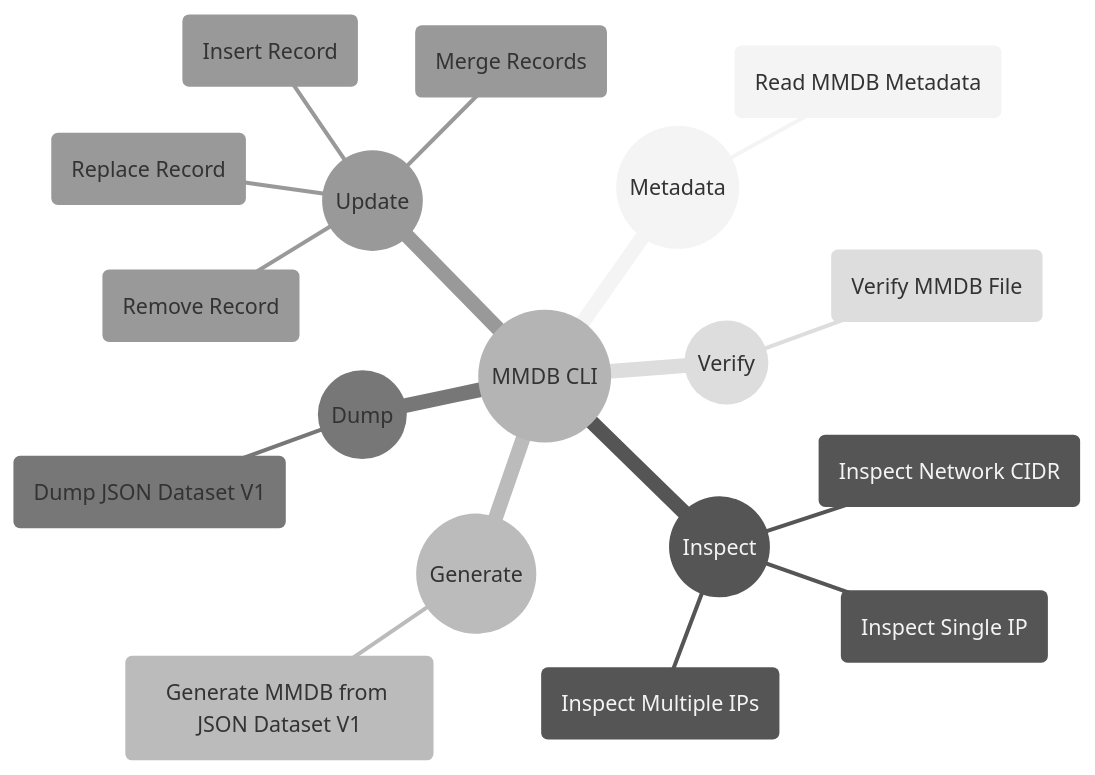
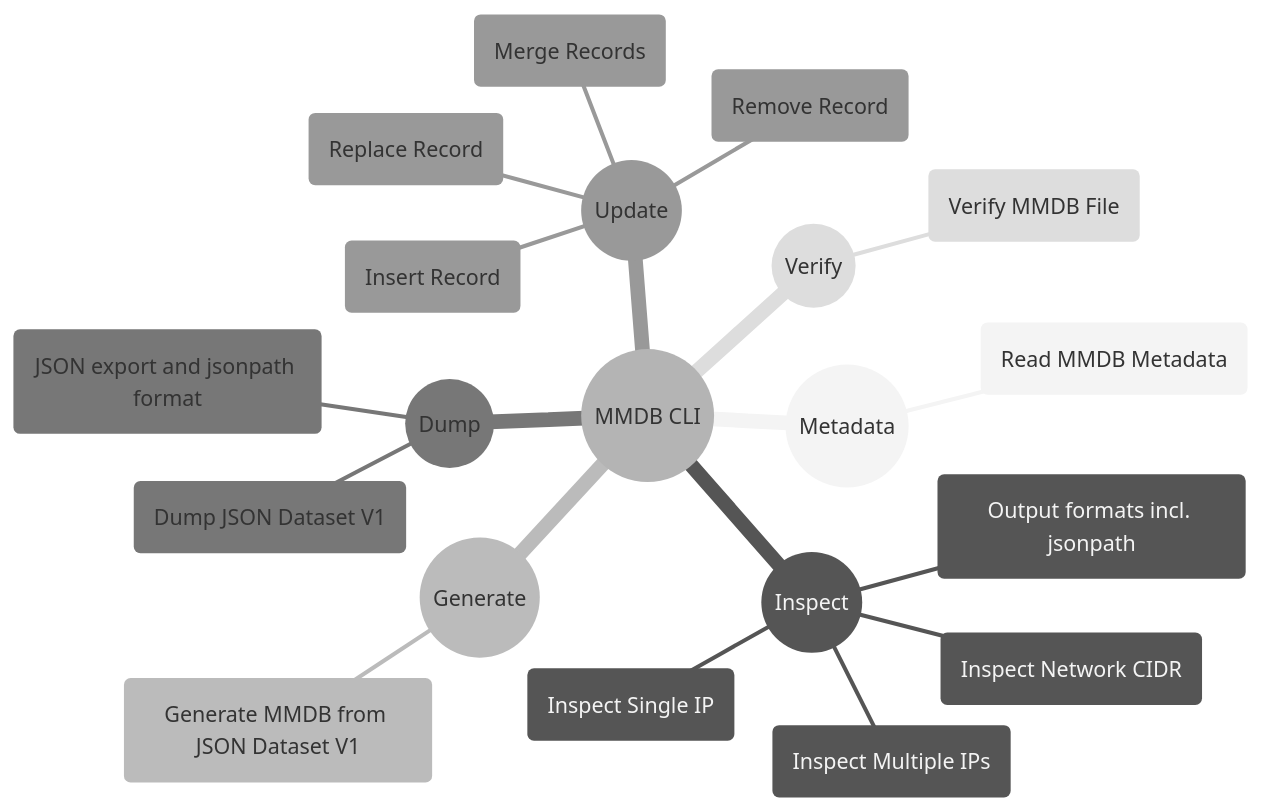
One commit to InfraZ/docs changed the diagram in docs/mmdb-cli/capabilities.md. Above: the diagram before and after it, drawn with Mermaid (neutral theme). The commit also changed other lines of this file and 9 other files, not shown here.

````diff
--- a/docs/mmdb-cli/capabilities.md
+++ b/docs/mmdb-cli/capabilities.md
@@ -34,21 +36,23 @@
 ```mermaid
 mindmap
     root((MMDB CLI))
         metadata((Metadata))
             readMMDBMetadata(Read MMDB Metadata)
         inspect((Inspect))
             inspectIP(Inspect Single IP)
             inspectMultipleIPs(Inspect Multiple IPs)
             inspectNetworkCIDR(Inspect Network CIDR)
+            inspectFormats(Output formats incl. jsonpath)
         generate((Generate))
             generateMMDB(Generate MMDB from JSON Dataset V1)
         dump((Dump))
             dumpDatasetV1(Dump JSON Dataset V1)
+            dumpFormats(JSON export and jsonpath format)
         update((Update))
             updateMMDBRemove(Remove Record)
             updateMMDBInsert(Insert Record)
             updateMMDBReplace(Replace Record)
             updateMMDBMerge(Merge Records)
         verify((Verify))
             verifyMMDB(Verify MMDB File)
 ```
````
